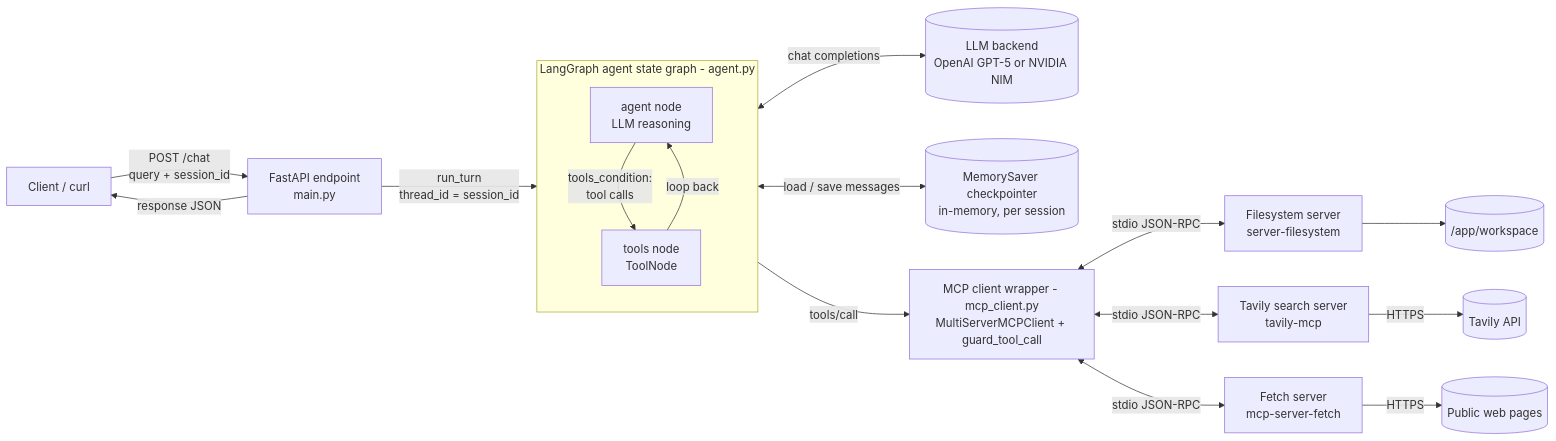
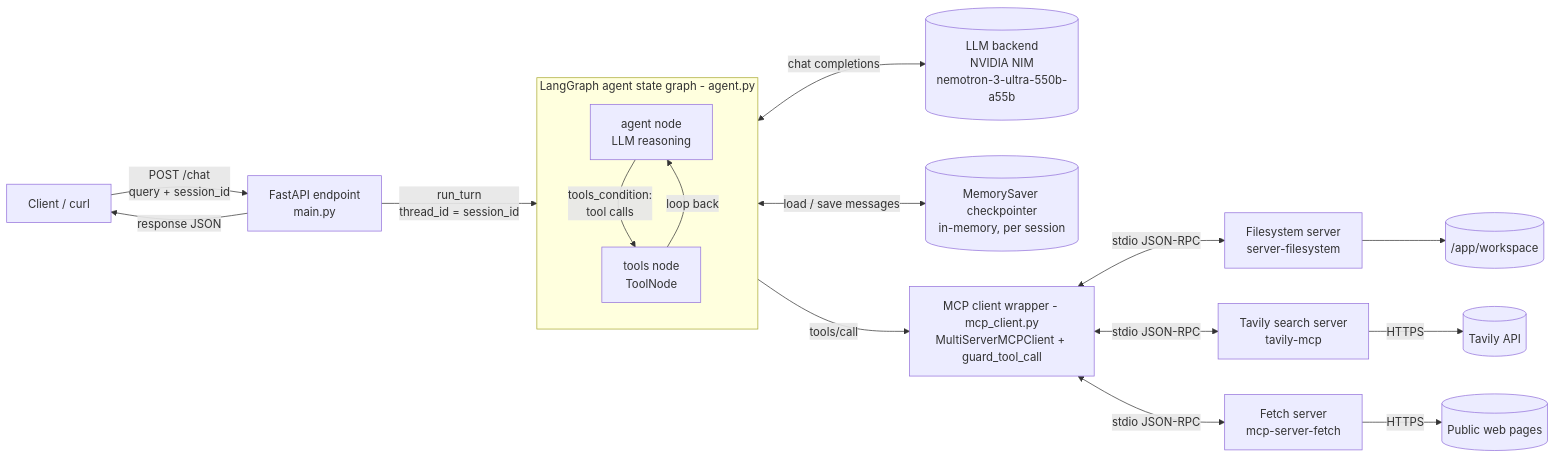
One commit to Lapseyy/AgenticAIHW1 changed the first of 3 diagrams in README.md. Above: the diagram before and after it, drawn with Mermaid. The commit also changed other lines of this file and 3 other files, not shown here.

````diff
--- a/README.md
+++ b/README.md
@@ -307,25 +314,25 @@
 ```mermaid
 flowchart LR
     U[Client / curl] -->|POST /chat<br/>query + session_id| API[FastAPI endpoint<br/>main.py]
     API -->|run_turn<br/>thread_id = session_id| G
 
     subgraph G[LangGraph agent state graph - agent.py]
         direction TB
         A[agent node<br/>LLM reasoning] -->|tools_condition:<br/>tool calls| T[tools node<br/>ToolNode]
         T -->|loop back| A
     end
 
-    A <-->|chat completions| LLM[(LLM backend<br/>OpenAI GPT-5 or NVIDIA NIM)]
+    A <-->|chat completions| LLM[(LLM backend<br/>NVIDIA NIM<br/>nemotron-3-ultra-550b-a55b)]
     G <-->|load / save messages| CP[(MemorySaver checkpointer<br/>in-memory, per session)]
     T -->|tools/call| MC[MCP client wrapper - mcp_client.py<br/>MultiServerMCPClient + guard_tool_call]
 
     MC <-->|stdio JSON-RPC| FS[Filesystem server<br/>server-filesystem]
     MC <-->|stdio JSON-RPC| TV[Tavily search server<br/>tavily-mcp]
     MC <-->|stdio JSON-RPC| FE[Fetch server<br/>mcp-server-fetch]
 
     FS --> WS[(/app/workspace)]
     TV -->|HTTPS| TAPI[(Tavily API)]
     FE -->|HTTPS| WEB[(Public web pages)]
 
     API -->|response JSON| U
 ```
````
